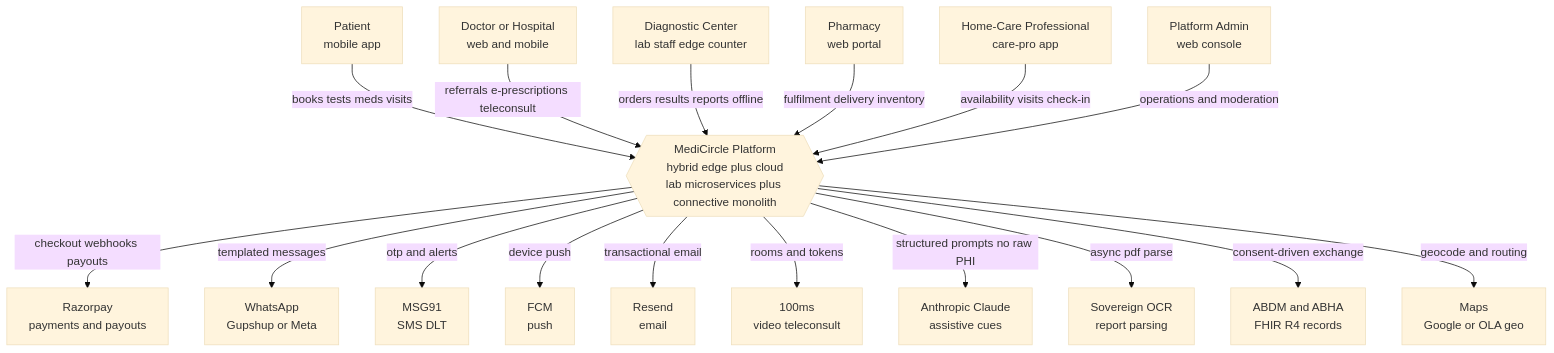
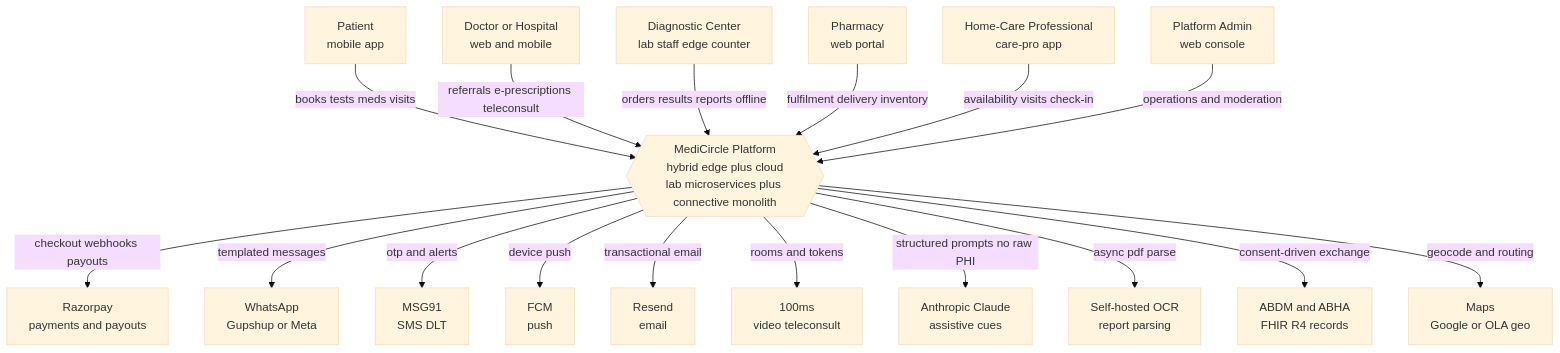
The diagram in docs/medicircle/diagrams/medicircle-context.mmd (pulluri-sridhar/DiagDesk), drawn with Mermaid (base theme) before and after one commit. The commit also changed 42 other files, not shown here.

First line of the commit message:
docs: reconcile to Java/Spring backend + provider-agnostic managed hosting

```diff
--- a/docs/medicircle/diagrams/medicircle-context.mmd
+++ b/docs/medicircle/diagrams/medicircle-context.mmd
@@ -1,48 +1,48 @@
 %% MediCircle — C4 Level 1 System Context
-%% Five-sided India healthcare platform. India-sovereign hosting, no hyperscaler.
+%% Five-sided India healthcare platform. Provider-agnostic managed hosting, India-region.
 %% Mermaid rules: no parentheses/commas inside node text or edge labels; short labels.
 flowchart TB
     %% ---- Actors (the five sides) ----
     PAT[Patient<br/>mobile app]
     DOC[Doctor or Hospital<br/>web and mobile]
     LAB[Diagnostic Center<br/>lab staff edge counter]
     PHA[Pharmacy<br/>web portal]
     CARE[Home-Care Professional<br/>care-pro app]
     ADMIN[Platform Admin<br/>web console]
 
     %% ---- The platform ----
     MC{{MediCircle Platform<br/>hybrid edge plus cloud<br/>lab microservices plus connective monolith}}
 
     %% ---- Actor edges ----
     PAT -->|books tests meds visits| MC
     DOC -->|referrals e-prescriptions teleconsult| MC
     LAB -->|orders results reports offline| MC
     PHA -->|fulfilment delivery inventory| MC
     CARE -->|availability visits check-in| MC
     ADMIN -->|operations and moderation| MC
 
-    %% ---- External integrations (sovereign-aligned) ----
+    %% ---- External integrations (India-first) ----
     RZP[Razorpay<br/>payments and payouts]
     WA[WhatsApp<br/>Gupshup or Meta]
     SMS[MSG91<br/>SMS DLT]
     FCM[FCM<br/>push]
     MAIL[Resend<br/>email]
     VID[100ms<br/>video teleconsult]
     AI[Anthropic Claude<br/>assistive cues]
-    OCR[Sovereign OCR<br/>report parsing]
+    OCR[Self-hosted OCR<br/>report parsing]
     ABDM[ABDM and ABHA<br/>FHIR R4 records]
     MAPS[Maps<br/>Google or OLA geo]
 
     MC -->|checkout webhooks payouts| RZP
     MC -->|templated messages| WA
     MC -->|otp and alerts| SMS
     MC -->|device push| FCM
     MC -->|transactional email| MAIL
     MC -->|rooms and tokens| VID
     MC -->|structured prompts no raw PHI| AI
     MC -->|async pdf parse| OCR
     MC -->|consent-driven exchange| ABDM
     MC -->|geocode and routing| MAPS
 
     %% ---- Notes baked into design ----
-    %% No hyperscaler. No commission engine. Compliant economics only.
+    %% Provider-agnostic managed hosting, India-region. No commission engine. Compliant economics only.
```
